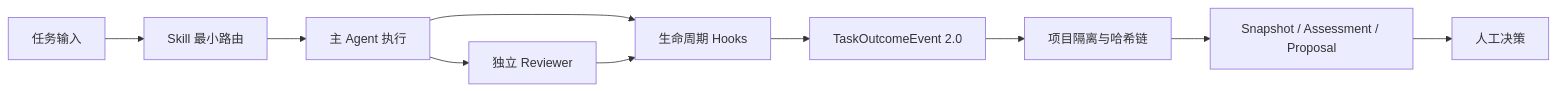
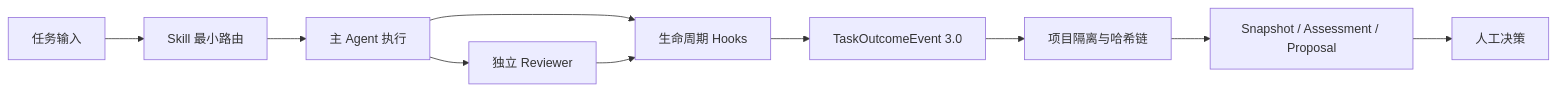
One commit to JimmyVGDY/codex-long-term-assistant-skills changed the diagram in README.md. Above: the diagram before and after it, drawn with Mermaid. The commit also changed other lines of this file and 56 other files, not shown here.

````diff
--- a/README.md
+++ b/README.md
@@ -49,12 +49,12 @@
 ```mermaid
 flowchart LR
     A[任务输入] --> B[Skill 最小路由]
     B --> C[主 Agent 执行]
     C --> D[独立 Reviewer]
     C --> E[生命周期 Hooks]
     D --> E
-    E --> F[TaskOutcomeEvent 2.0]
+    E --> F[TaskOutcomeEvent 3.0]
     F --> G[项目隔离与哈希链]
     G --> H[Snapshot / Assessment / Proposal]
     H --> I[人工决策]
 ```
````
